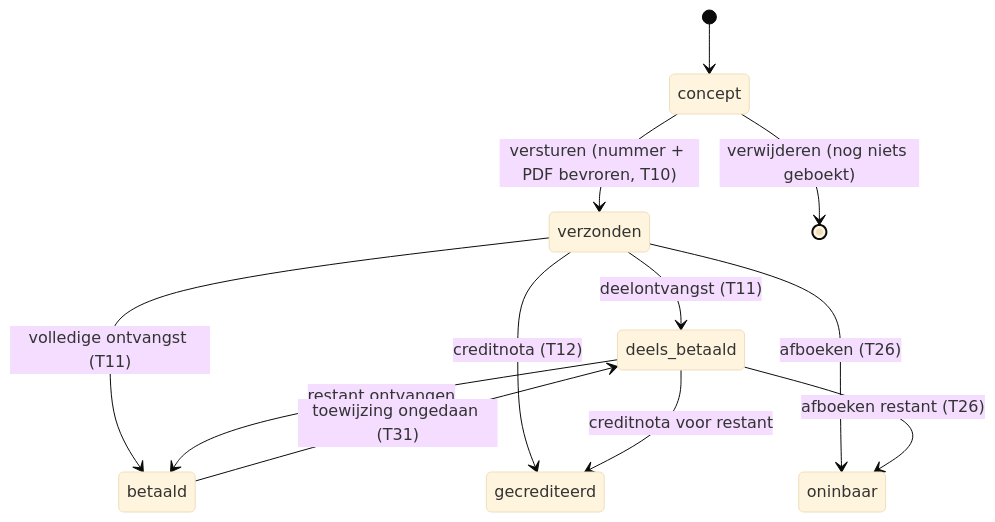
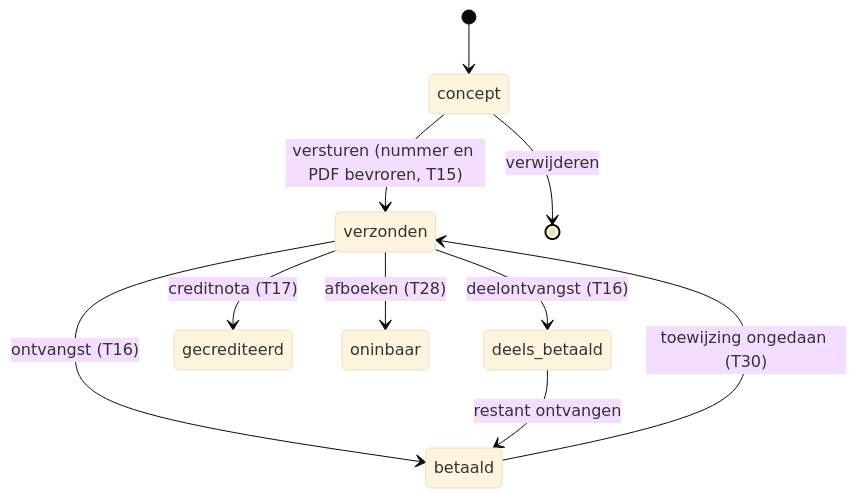
The third of 6 diagrams in PLAN.md (Olivierrl19/Boekhouden), drawn with Mermaid (base theme) before and after one commit. The commit also changed other lines of this file and 2 other files, not shown here.

````diff
--- a/PLAN.md
+++ b/PLAN.md
@@ -696,14 +558,12 @@
 ```mermaid
 stateDiagram-v2
     [*] --> concept
-    concept --> verzonden: versturen (nummer + PDF bevroren, T10)
-    concept --> [*]: verwijderen (nog niets geboekt)
-    verzonden --> deels_betaald: deelontvangst (T11)
-    verzonden --> betaald: volledige ontvangst (T11)
+    concept --> verzonden: versturen (nummer en PDF bevroren, T15)
+    concept --> [*]: verwijderen
+    verzonden --> deels_betaald: deelontvangst (T16)
+    verzonden --> betaald: ontvangst (T16)
     deels_betaald --> betaald: restant ontvangen
-    verzonden --> gecrediteerd: creditnota (T12)
-    deels_betaald --> gecrediteerd: creditnota voor restant
-    verzonden --> oninbaar: afboeken (T26)
-    deels_betaald --> oninbaar: afboeken restant (T26)
-    betaald --> deels_betaald: toewijzing ongedaan (T31)
+    verzonden --> gecrediteerd: creditnota (T17)
+    verzonden --> oninbaar: afboeken (T28)
+    betaald --> verzonden: toewijzing ongedaan (T30)
 ```
````
